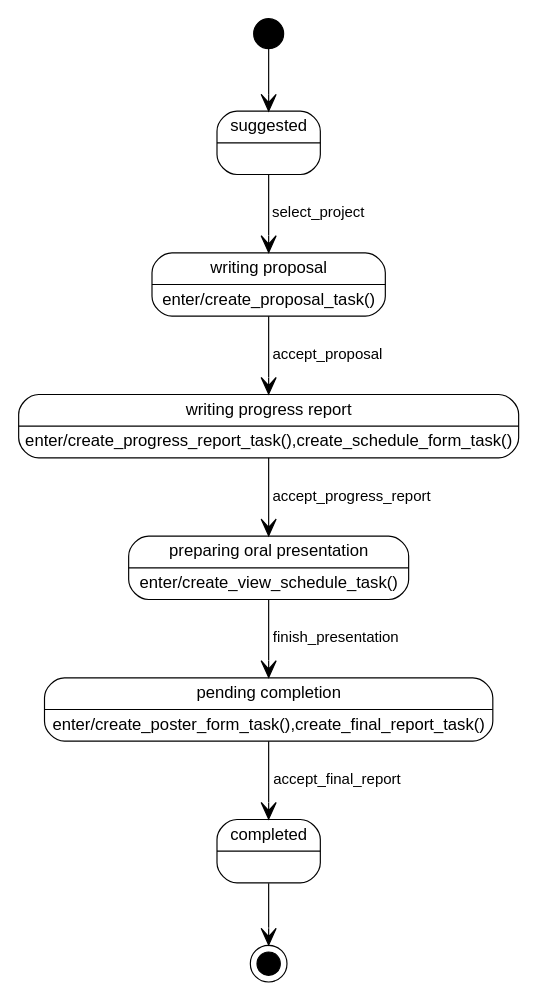
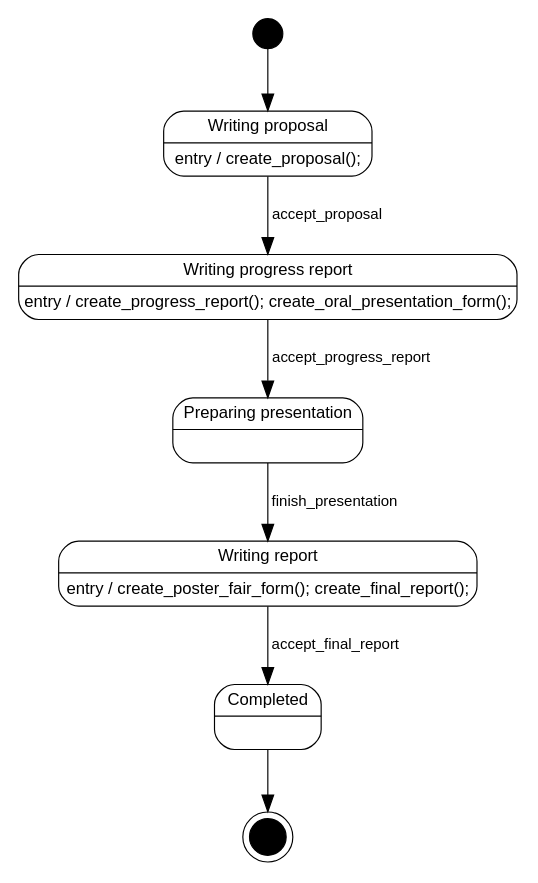
Before and after one commit to WorkflowsOnRails/project-report: the diagram in img/case-study-fourth-year-system/project_lifecycle.dot, drawn with Graphviz. The commit also changed 12 other files, not shown here.

```diff
--- a/img/case-study-fourth-year-system/project_lifecycle.dot
+++ b/img/case-study-fourth-year-system/project_lifecycle.dot
@@ -1,27 +1,68 @@
-digraph hierarchy {
-rankdir=TB
-node[shape=Mrecord, fontname=Arial, fontsize=10, penwidth=0.7]
-edge[dir=forward, arrowhead=vee, fontname=Arial, fontsize=9, penwidth=0.7]
-
-start[label="",
-      shape=circle, style=filled, color=black, fillcolor=black,
-      fixedsize=true, width=0.25, height=0.25]
-end[label="",
-    shape=doublecircle, style=filled, color=black, fillcolor=black,
-    fixedsize=true, width=0.2, height=0.2]
-
-suggested[label = "{suggested|}"]
-writing_proposal [label = "{writing proposal|enter/create_proposal_task()}"]
-writing_progress_report [label = "{writing progress report|enter/create_progress_report_task(),create_schedule_form_task()}"]
-preparing_oral_presentation [label = "{preparing oral presentation|enter/create_view_schedule_task()}"]
-pending_completion [label = "{pending completion|enter/create_poster_form_task(),create_final_report_task()}"]
-completed [label = "{completed|}"]
-
-start -> suggested
-suggested -> writing_proposal [label=" select_project   "]
-writing_proposal -> writing_progress_report [label=" accept_proposal   "]
-writing_progress_report -> preparing_oral_presentation [label=" accept_progress_report   "]
-preparing_oral_presentation -> pending_completion [label=" finish_presentation   "]
-pending_completion -> completed [label=" accept_final_report"]
-completed -> end
+digraph statechart {
+	graph [bb="0,0,298,500",
+		rankdir=TB
+	];
+	node [fontname=Arial,
+		fontsize=10,
+		label="\N",
+		penwidth=0.7,
+		shape=Mrecord
+	];
+	edge [dir=forward,
+		fontname=Arial,
+		fontsize=9,
+		penwidth=0.7
+	];
+	writing_proposal	 [height=0.54167,
+		label="{Writing proposal|entry / create_proposal();}",
+		pos="149,424",
+		width=1.7292];
+	writing_progress_report	 [height=0.54167,
+		label="{Writing progress report|entry / create_progress_report(); create_oral_presentation_form();}",
+		pos="149,338",
+		width=4.1458];
+	writing_proposal -> writing_progress_report	 [label=" accept_proposal  ",
+		lp="187,381",
+		pos="e,149,357.19 149,404.77 149,393.88 149,379.79 149,367.46"];
+	"83d19610-bcca-48a2-be42-f6c87cdbbcdd"	 [color=black,
+		fillcolor=black,
+		fixedsize=true,
+		height=0.25,
+		label="",
+		pos="149,491",
+		shape=circle,
+		style=filled,
+		width=0.25];
+	"83d19610-bcca-48a2-be42-f6c87cdbbcdd" -> writing_proposal	 [pos="e,149,443.24 149,481.77 149,474.54 149,463.6 149,453.24"];
+	preparing_oral_presentation	 [height=0.54167,
+		label="{Preparing presentation|}",
+		pos="149,252",
+		width=1.5833];
+	writing_progress_report -> preparing_oral_presentation	 [label=" accept_progress_report  ",
+		lp="202,295",
+		pos="e,149,271.19 149,318.77 149,307.88 149,293.79 149,281.46"];
+	pending_completion	 [height=0.54167,
+		label="{Writing report|entry / create_poster_fair_form(); create_final_report();}",
+		pos="149,166",
+		width=3.4514];
+	preparing_oral_presentation -> pending_completion	 [label=" finish_presentation  ",
+		lp="192.5,209",
+		pos="e,149,185.19 149,232.77 149,221.88 149,207.79 149,195.46"];
+	completed	 [height=0.54167,
+		label="{Completed|}",
+		pos="149,80",
+		width=0.86806];
+	pending_completion -> completed	 [label=" accept_final_report  ",
+		lp="192,123",
+		pos="e,149,99.191 149,146.77 149,135.88 149,121.79 149,109.46"];
+	"90cb520f-efaf-4af6-a204-e082a1fca72c"	 [color=black,
+		fillcolor=black,
+		fixedsize=true,
+		height=0.30556,
+		label="",
+		pos="149,11",
+		shape=doublecircle,
+		style=filled,
+		width=0.29167];
+	completed -> "90cb520f-efaf-4af6-a204-e082a1fca72c"	 [pos="e,149,22.176 149,60.692 149,51.877 149,41.283 149,32.23"];
 }
```
